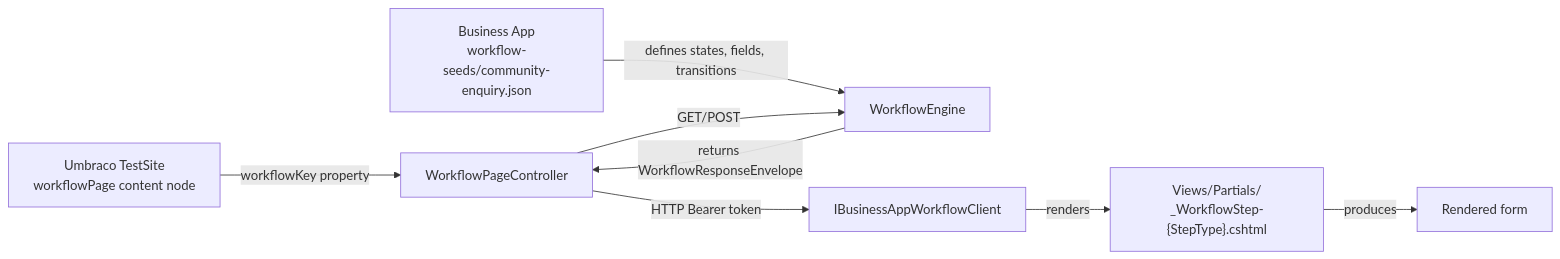
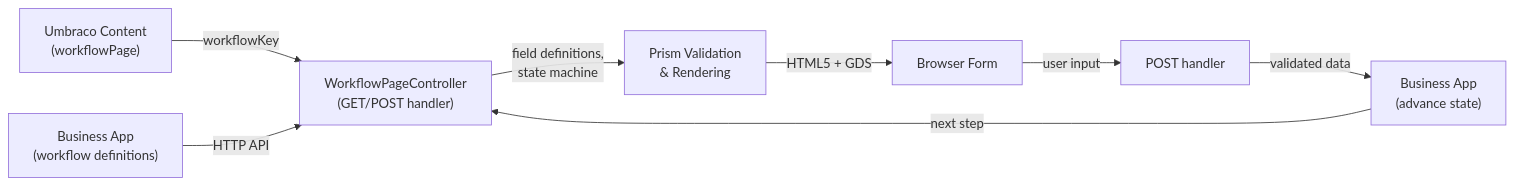
Before and after one commit to jonnymuir/Umbraco.Prism: the diagram in docs/guides/workflow-setup.md, drawn with Mermaid. The commit also changed other lines of this file and 2 other files, not shown here.

First line of the commit message:
docs: Rewrite all 4 workflow documentation guides with critical corrections

````diff
--- a/docs/guides/workflow-setup.md
+++ b/docs/guides/workflow-setup.md
@@ -11,10 +13,10 @@
 ```mermaid
-flowchart LR
-    A["Umbraco TestSite<br/>workflowPage content node"] -->|workflowKey property| B["WorkflowPageController"]
-    C["Business App<br/>workflow-seeds/community-enquiry.json"] -->|defines states, fields, transitions| D["WorkflowEngine"]
-    B -->|GET/POST| D
-    D -->|returns WorkflowResponseEnvelope| B
-    B -->|HTTP Bearer token| E["IBusinessAppWorkflowClient"]
-    E -->|renders| F["Views/Partials/<br/>_WorkflowStep-{StepType}.cshtml"]
-    F -->|produces| G["Rendered form"]
+graph LR
+    A["Umbraco Content<br/>(workflowPage)"] -->|workflowKey| B["WorkflowPageController<br/>(GET/POST handler)"]
+    C["Business App<br/>(workflow definitions)"] -->|HTTP API| B
+    B -->|field definitions,<br/>state machine| D["Prism Validation<br/>& Rendering"]
+    D -->|HTML5 + GDS| E["Browser Form"]
+    E -->|user input| F["POST handler"]
+    F -->|validated data| G["Business App<br/>(advance state)"]
+    G -->|next step| B
 ```
````
